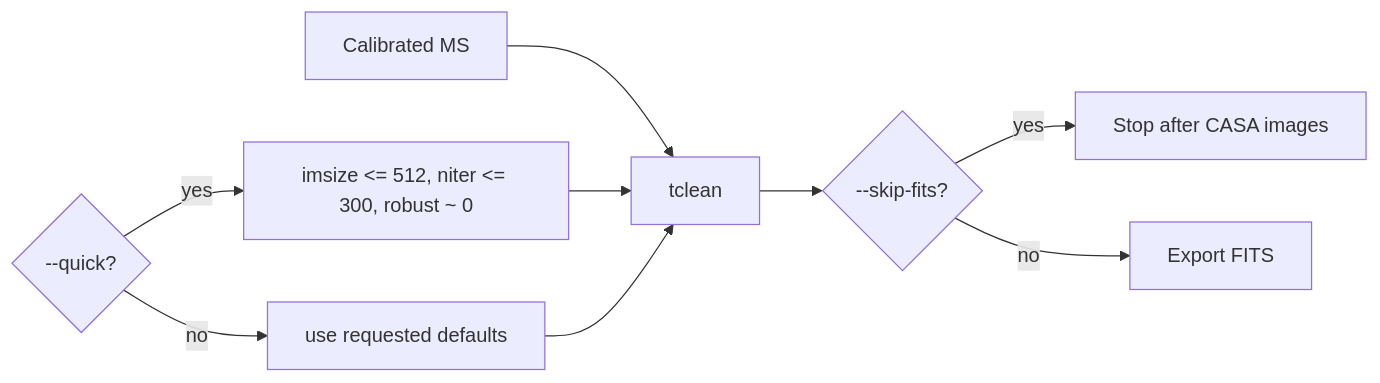
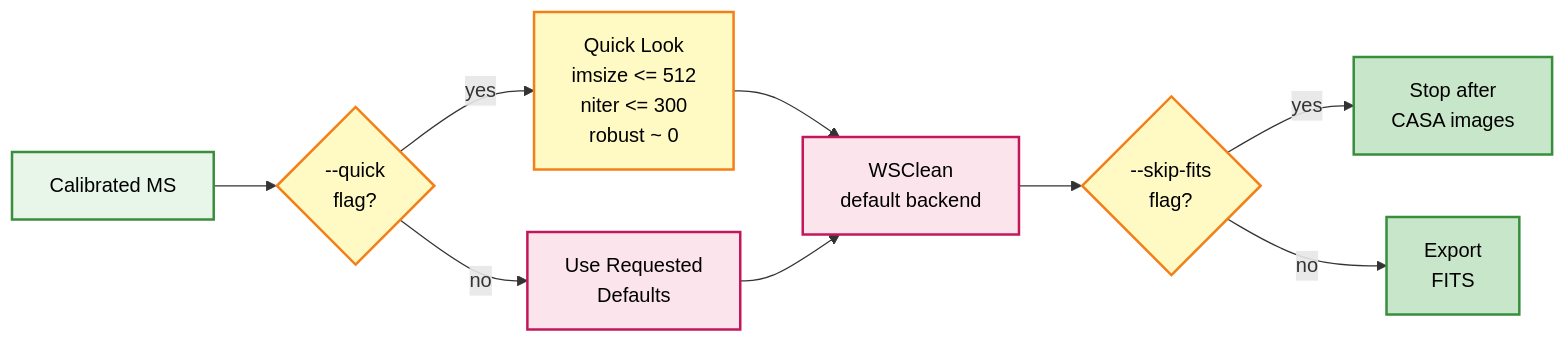
Before and after one commit to dsa110/dsa110-contimg: the fourth of 4 diagrams in docs/concepts/pipeline_overview.md, drawn with Mermaid. The commit also changed other lines of this file and 423 other files, not shown here.

````diff
--- a/docs/concepts/pipeline_overview.md
+++ b/docs/concepts/pipeline_overview.md
@@ -68,11 +100,20 @@
 ```mermaid
 flowchart LR
-  CMS[Calibrated MS] --> Tclean[tclean]
-  Quick{--quick?} -->|yes| Small[imsize <= 512, niter <= 300, robust ~ 0]
-  Quick -->|no| Def[use requested defaults]
-  Small --> Tclean
-  Def --> Tclean
-  Tclean --> Fits{--skip-fits?}
-  Fits -->|yes| Done[Stop after CASA images]
-  Fits -->|no| FITS[Export FITS]
+  CMS["Calibrated MS"] --> Quick{"--quick<br/>flag?"}
+  Quick -->|yes| Small["Quick Look<br/>imsize <= 512<br/>niter <= 300<br/>robust ~ 0"]
+  Quick -->|no| Def["Use Requested<br/>Defaults"]
+  Small --> WSClean["WSClean<br/>default backend"]
+  Def --> WSClean
+  WSClean --> Fits{"--skip-fits<br/>flag?"}
+  Fits -->|yes| Done["Stop after<br/>CASA images"]
+  Fits -->|no| FITS["Export<br/>FITS"]
+  
+  style CMS fill:#E8F5E9,stroke:#388E3C,stroke-width:2px,color:#000
+  style Quick fill:#FFF9C4,stroke:#F57F17,stroke-width:2px,color:#000
+  style Small fill:#FFF9C4,stroke:#F57F17,stroke-width:2px,color:#000
+  style Def fill:#FCE4EC,stroke:#C2185B,stroke-width:2px,color:#000
+  style WSClean fill:#FCE4EC,stroke:#C2185B,stroke-width:2px,color:#000
+  style Fits fill:#FFF9C4,stroke:#F57F17,stroke-width:2px,color:#000
+  style Done fill:#C8E6C9,stroke:#388E3C,stroke-width:2px,color:#000
+  style FITS fill:#C8E6C9,stroke:#388E3C,stroke-width:2px,color:#000
 ```
````
